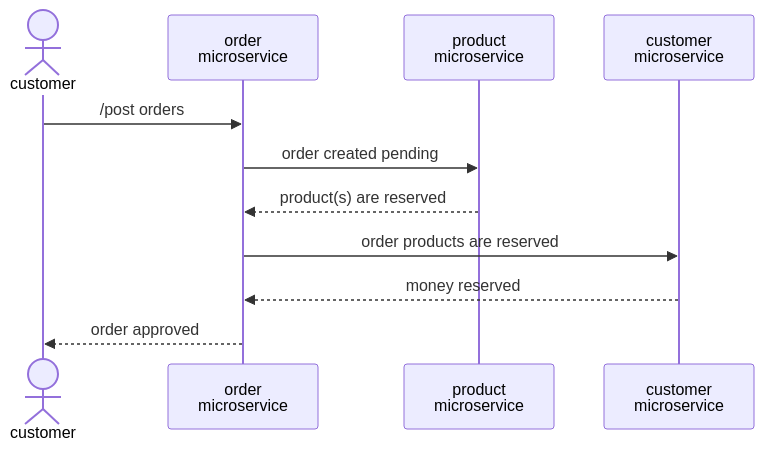
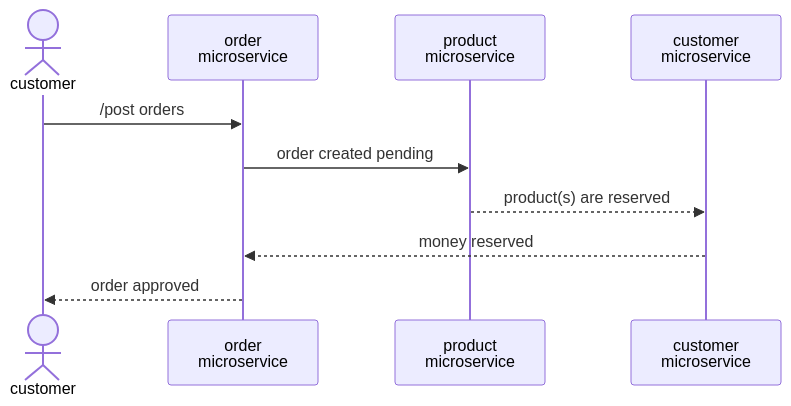
Before and after one commit to wasd0/eshop: the diagram in README.md, drawn with Mermaid.

Commit message:
update interaction of services diagram like a choreography

````diff
--- a/README.md
+++ b/README.md
@@ -7,13 +7,12 @@
 ```mermaid
 sequenceDiagram
     actor customer
     participant order_s as order <br> microservice
     participant product_s as product <br> microservice
     participant customer_s as customer <br> microservice
     customer ->> order_s: /post orders
     order_s ->> product_s: order created pending
-    product_s -->> order_s: product(s) are reserved
-    order_s ->> customer_s: order products are reserved
+    product_s -->> customer_s: product(s) are reserved
     customer_s -->> order_s: money reserved
     order_s -->> customer: order approved
 ```
````
